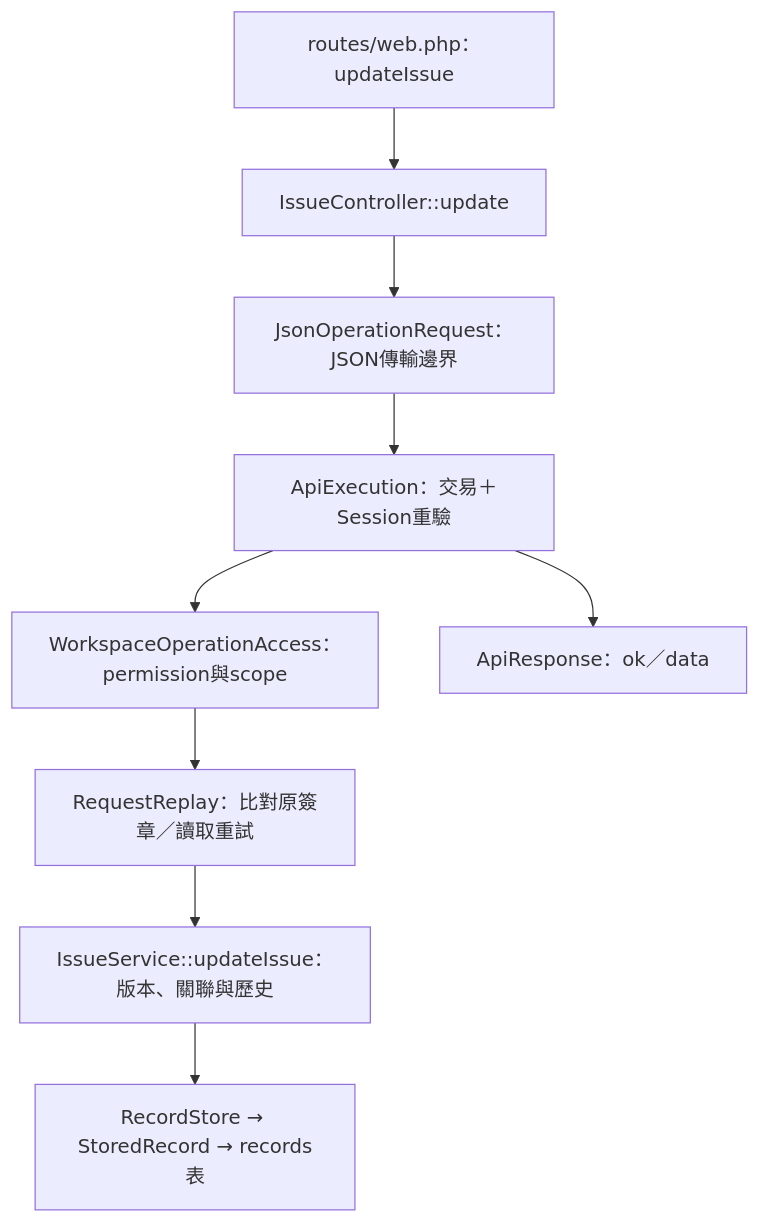
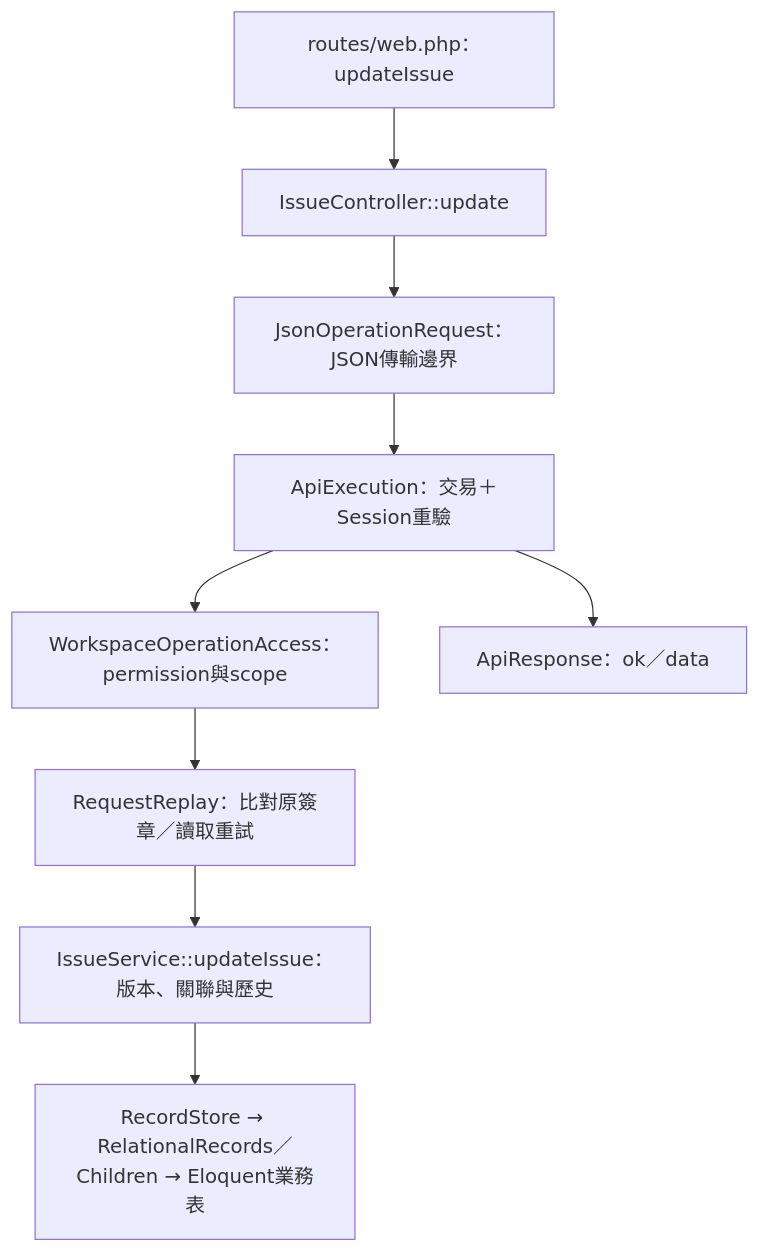
One commit to joshting-developer/TaskTracker changed the diagram in docs/backend-development.md. Above: the diagram before and after it, drawn with Mermaid. The commit also changed other lines of this file and 8 other files, not shown here.

````diff
--- a/docs/backend-development.md
+++ b/docs/backend-development.md
@@ -9,11 +9,11 @@
 ```mermaid
 flowchart TD
   Route["routes/web.php：updateIssue"] --> Controller["IssueController::update"]
   Controller --> Request["JsonOperationRequest：JSON傳輸邊界"]
   Request --> Execution["ApiExecution：交易＋Session重驗"]
   Execution --> Operation["WorkspaceOperationAccess：permission與scope"]
   Operation --> Replay["RequestReplay：比對原簽章／讀取重試"]
   Replay --> Issue["IssueService::updateIssue：版本、關聯與歷史"]
-  Issue --> Store["RecordStore → StoredRecord → records表"]
+  Issue --> Store["RecordStore → RelationalRecords／Children → Eloquent業務表"]
   Execution --> Response["ApiResponse：ok／data"]
 ```
````
